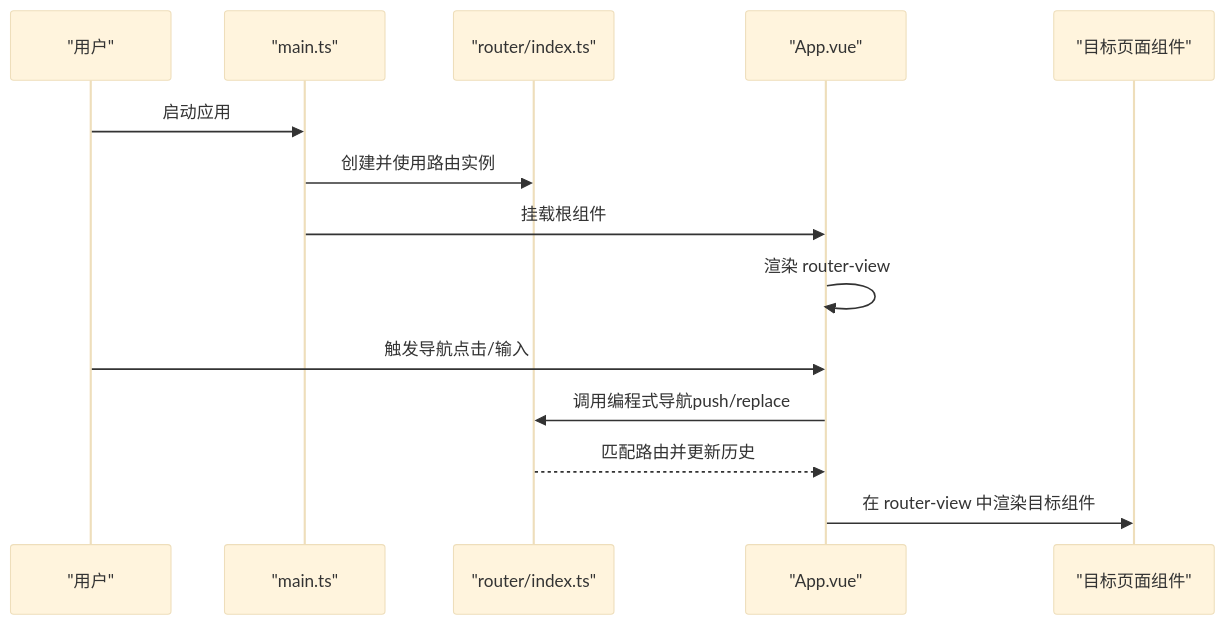
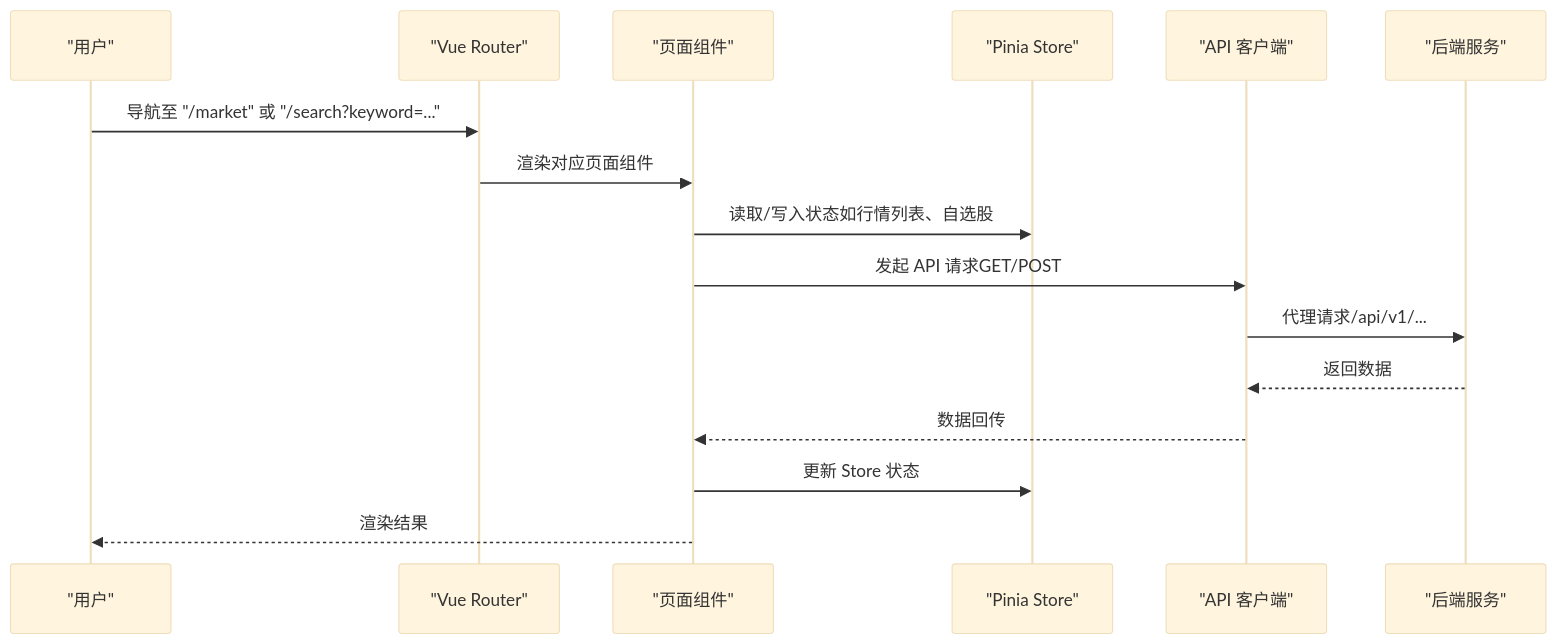
The second of 4 diagrams in .qoder/repowiki/zh/content/前端开发/路由系统.md (We3le7/stock-view), drawn with Mermaid (base theme) before and after one commit. The commit also changed other lines of this file and 142 other files, not shown here.

````diff
--- a/.qoder/repowiki/zh/content/前端开发/路由系统.md
+++ b/.qoder/repowiki/zh/content/前端开发/路由系统.md
@@ -68,16 +84,18 @@
 ```mermaid
 sequenceDiagram
 participant U as "用户"
-participant M as "main.ts"
-participant R as "router/index.ts"
-participant A as "App.vue"
-participant P as "目标页面组件"
-U->>M : 启动应用
-M->>R : 创建并使用路由实例
-M->>A : 挂载根组件
-A->>A : 渲染 router-view
-U->>A : 触发导航点击/输入
-A->>R : 调用编程式导航push/replace
-R-->>A : 匹配路由并更新历史
-A->>P : 在 router-view 中渲染目标组件
+participant R as "Vue Router"
+participant P as "页面组件"
+participant S as "Pinia Store"
+participant A as "API 客户端"
+participant B as "后端服务"
+U->>R : 导航至 "/market" 或 "/search?keyword=..."
+R->>P : 渲染对应页面组件
+P->>S : 读取/写入状态如行情列表、自选股
+P->>A : 发起 API 请求GET/POST
+A->>B : 代理请求/api/v1/...
+B-->>A : 返回数据
+A-->>P : 数据回传
+P->>S : 更新 Store 状态
+P-->>U : 渲染结果
 ```
````
